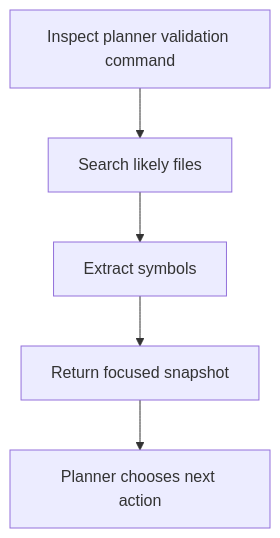
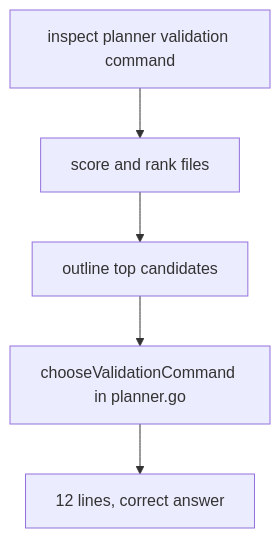
Before and after one commit to w1ne/ProjectKitty: the second of 4 diagrams in docs/articles/ARTICLE_2_READING_CODE.md, drawn with Mermaid. The commit also changed other lines of this file, not shown here.

````diff
--- a/docs/articles/ARTICLE_2_READING_CODE.md
+++ b/docs/articles/ARTICLE_2_READING_CODE.md
@@ -36,7 +45,7 @@
 ```mermaid
 flowchart TD
-    A[Inspect planner validation command] --> B[Search likely files]
-    B --> C[Extract symbols]
-    C --> D[Return focused snapshot]
-    D --> E[Planner chooses next action]
+    A[inspect planner validation command] --> B[score and rank files]
+    B --> C[outline top candidates]
+    C --> D[chooseValidationCommand in planner.go]
+    D --> E[12 lines, correct answer]
 ```
````
